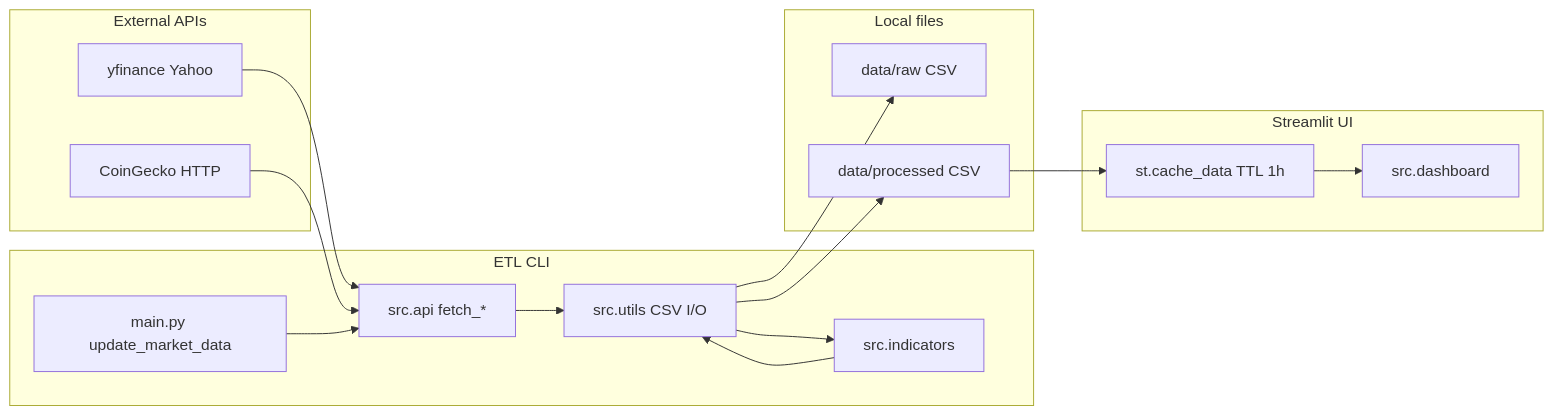
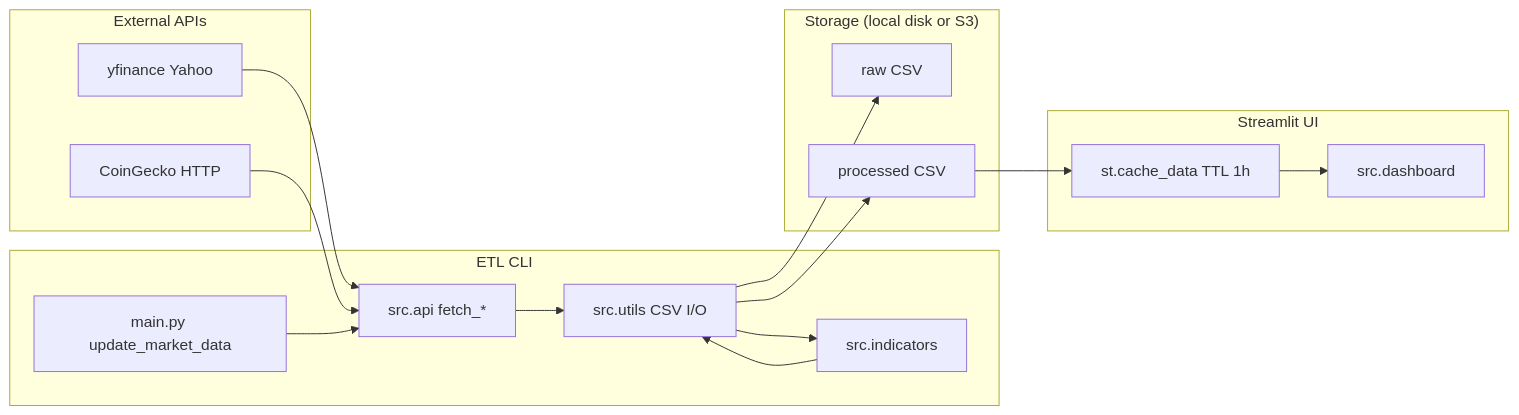
One commit to fsoaz/financial-market-dashboard changed the first of 2 diagrams in docs/explanation/architecture.md. Above: the diagram before and after it, drawn with Mermaid. The commit also changed other lines of this file and 9 other files, not shown here.

````diff
--- a/docs/explanation/architecture.md
+++ b/docs/explanation/architecture.md
@@ -15,31 +15,31 @@
 ```mermaid
 flowchart LR
   subgraph external [External APIs]
     YF[yfinance Yahoo]
     CG[CoinGecko HTTP]
   end
   subgraph etl [ETL CLI]
     Main[main.py update_market_data]
     API[src.api fetch_*]
     Ind[src.indicators]
     Util[src.utils CSV I/O]
   end
-  subgraph storage [Local files]
-    Raw[data/raw CSV]
-    Proc[data/processed CSV]
+  subgraph storage ["Storage (local disk or S3)"]
+    Raw["raw CSV"]
+    Proc["processed CSV"]
   end
   subgraph ui [Streamlit UI]
     Dash[src.dashboard]
     Cache["st.cache_data TTL 1h"]
   end
   YF --> API
   CG --> API
   Main --> API
   API --> Util
   Util --> Raw
   Util --> Ind
   Ind --> Util
   Util --> Proc
   Proc --> Cache
   Cache --> Dash
 ```
````
